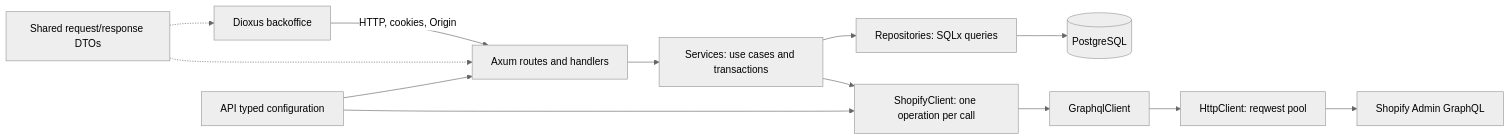
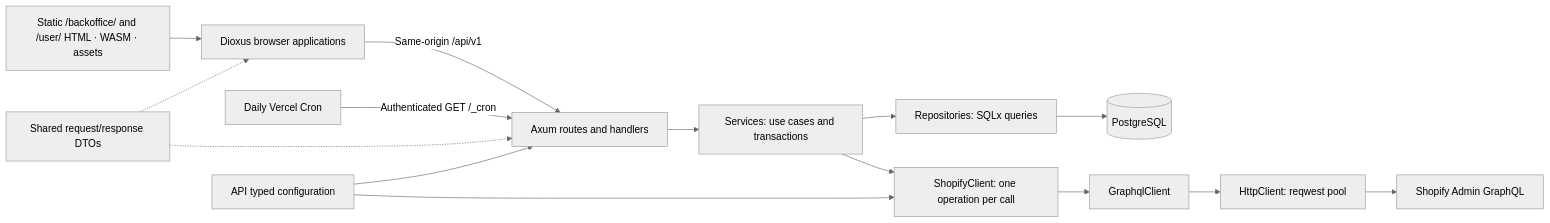
One commit to enzumeii/monolith changed the first of 3 diagrams in docs/architecture.md. Above: the diagram before and after it, drawn with Mermaid (neutral theme). The commit also changed other lines of this file and 141 other files, not shown here.

````diff
--- a/docs/architecture.md
+++ b/docs/architecture.md
@@ -7,15 +7,17 @@
 ```mermaid
 flowchart LR
-    UI["Dioxus backoffice"] -->|"HTTP, cookies, Origin"| API["Axum routes and handlers"]
+    STATIC["Static /backoffice/ and /user/ HTML · WASM · assets"] --> UI["Dioxus browser applications"]
+    UI -->|"Same-origin /api/v1"| API["Axum routes and handlers"]
+    CRON["Daily Vercel Cron"] -->|"Authenticated GET /_cron"| API
     API --> SERVICES["Services: use cases and transactions"]
     SERVICES --> REPO["Repositories: SQLx queries"]
     REPO --> DB[("PostgreSQL")]
     DOMAIN["Shared request/response DTOs"] -.-> UI
     DOMAIN -.-> API
     SERVICES --> SHOPIFY["ShopifyClient: one operation per call"]
     SHOPIFY --> GQL["GraphqlClient"]
     GQL --> HTTP["HttpClient: reqwest pool"]
     HTTP --> REMOTE["Shopify Admin GraphQL"]
     CONFIG["API typed configuration"] --> API
     CONFIG --> SHOPIFY
 ```
````
